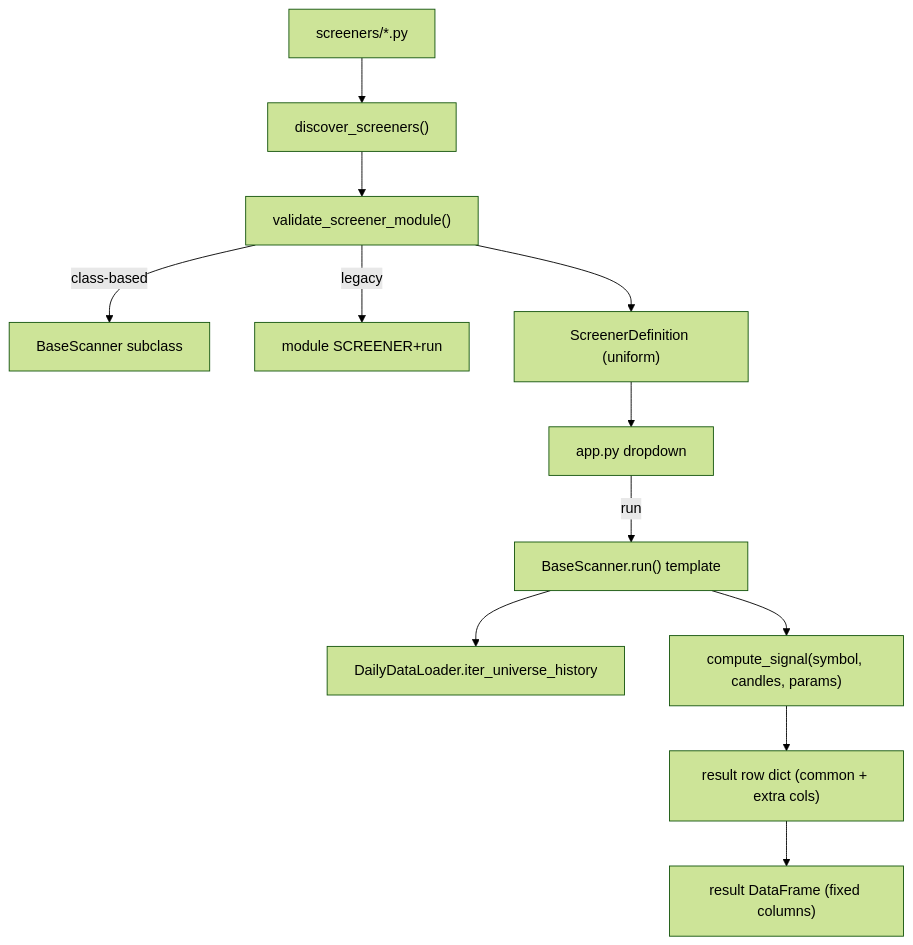
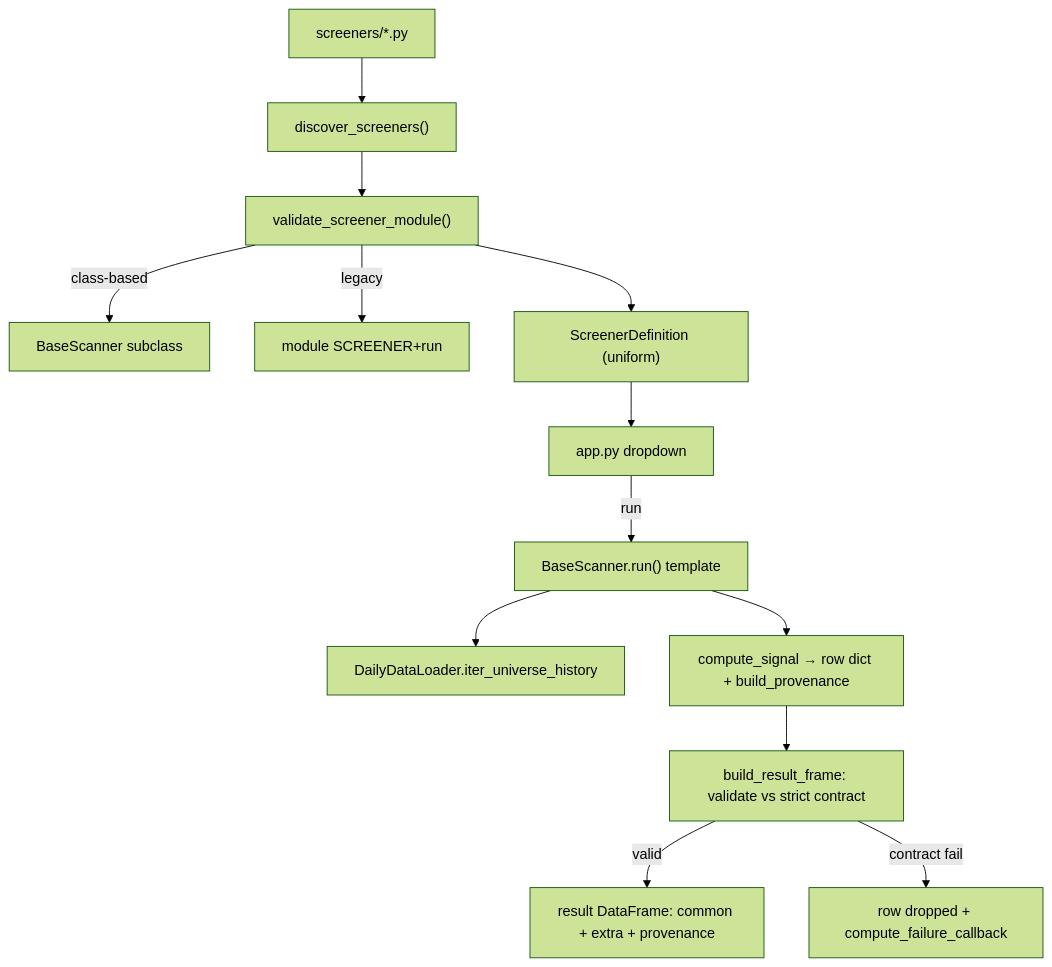
The diagram in docs/architecture/components/screener-framework.md (DoRmAmMu1997/Streamlit-Scanner-App), drawn with Mermaid (forest theme) before and after one commit. The commit also changed other lines of this file and 10 other files, not shown here.

````diff
--- a/docs/architecture/components/screener-framework.md
+++ b/docs/architecture/components/screener-framework.md
@@ -35,14 +38,15 @@
 ```mermaid
 flowchart TD
     FILES["screeners/*.py"] --> DISC["discover_screeners()"]
     DISC --> VAL["validate_screener_module()"]
     VAL -->|class-based| CLS["BaseScanner subclass"]
     VAL -->|legacy| MOD["module SCREENER+run"]
     VAL --> DEF["ScreenerDefinition (uniform)"]
     DEF --> UI["app.py dropdown"]
     UI -->|run| TMPL["BaseScanner.run() template"]
     TMPL --> LOADER["DailyDataLoader.iter_universe_history"]
-    TMPL --> CS["compute_signal(symbol, candles, params)"]
-    CS --> ROW["result row dict (common + extra cols)"]
-    ROW --> DF["result DataFrame (fixed columns)"]
+    TMPL --> CS["compute_signal → row dict + build_provenance"]
+    CS --> BRF["build_result_frame: validate vs strict contract"]
+    BRF -->|valid| DF["result DataFrame: common + extra + provenance"]
+    BRF -->|contract fail| DROP["row dropped + compute_failure_callback"]
 ```
````
